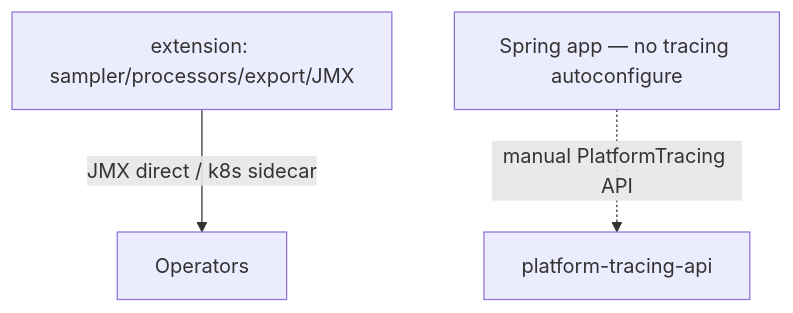
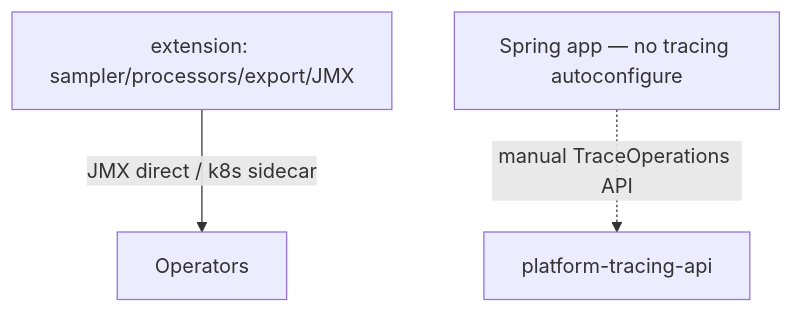
The third of 13 diagrams in docs/architecture/platform-tracing-architecture-options.md (andrew3008/EnglishDictionary), drawn with Mermaid before and after one commit. The commit also changed other lines of this file and 146 other files, not shown here.

Commit message:
refactor(api): rename root tracing facade to TraceOperations

````diff
--- a/docs/architecture/platform-tracing-architecture-options.md
+++ b/docs/architecture/platform-tracing-architecture-options.md
@@ -213,7 +213,7 @@
 ```mermaid
 flowchart TB
   Agent["extension: sampler/processors/export/JMX"]
   App["Spring app — no tracing autoconfigure"]
   Agent -->|"JMX direct / k8s sidecar"| Ops["Operators"]
-  App -.->|"manual PlatformTracing API"| api["platform-tracing-api"]
+  App -.->|"manual TraceOperations API"| api["platform-tracing-api"]
 ```
````
